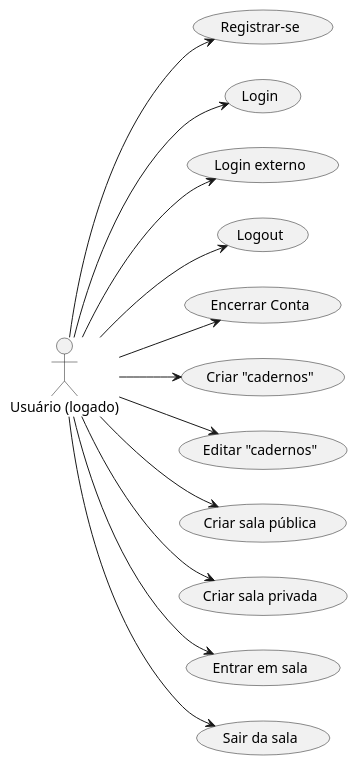
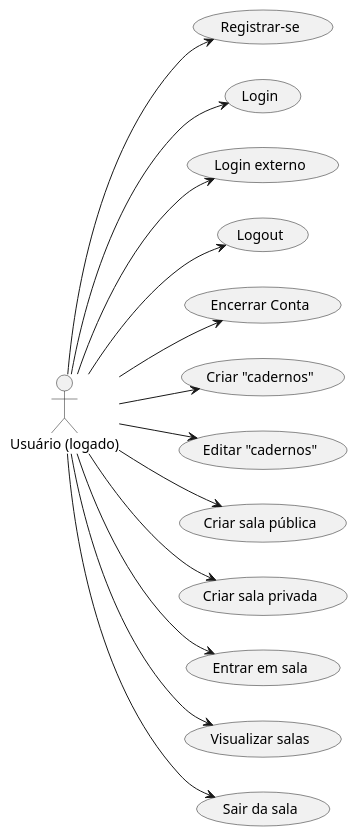
Before and after one commit to julioryanm/P.I.Fatec-1SEM.2024: the diagram in Documentacao/casos_de_uso/src/usuario_logado_0.wsd, drawn with PlantUML.

```diff
--- a/Documentacao/casos_de_uso/src/usuario_logado_0.wsd
+++ b/Documentacao/casos_de_uso/src/usuario_logado_0.wsd
@@ -1,16 +1,17 @@
 @startuml Logged User Actions 0
 scale 1
 left to right direction
 :Usuário (logado): as User
 User --> (Registrar-se)
 User --> (Login)
 User --> (Login externo)
 User --> (Logout)
 User --> (Encerrar Conta)
 User --> (Criar "cadernos")
 User --> (Editar "cadernos")
 User --> (Criar sala pública)
 User --> (Criar sala privada)
 User --> (Entrar em sala)
+User --> (Visualizar salas)
 User --> (Sair da sala)
 @enduml
```
